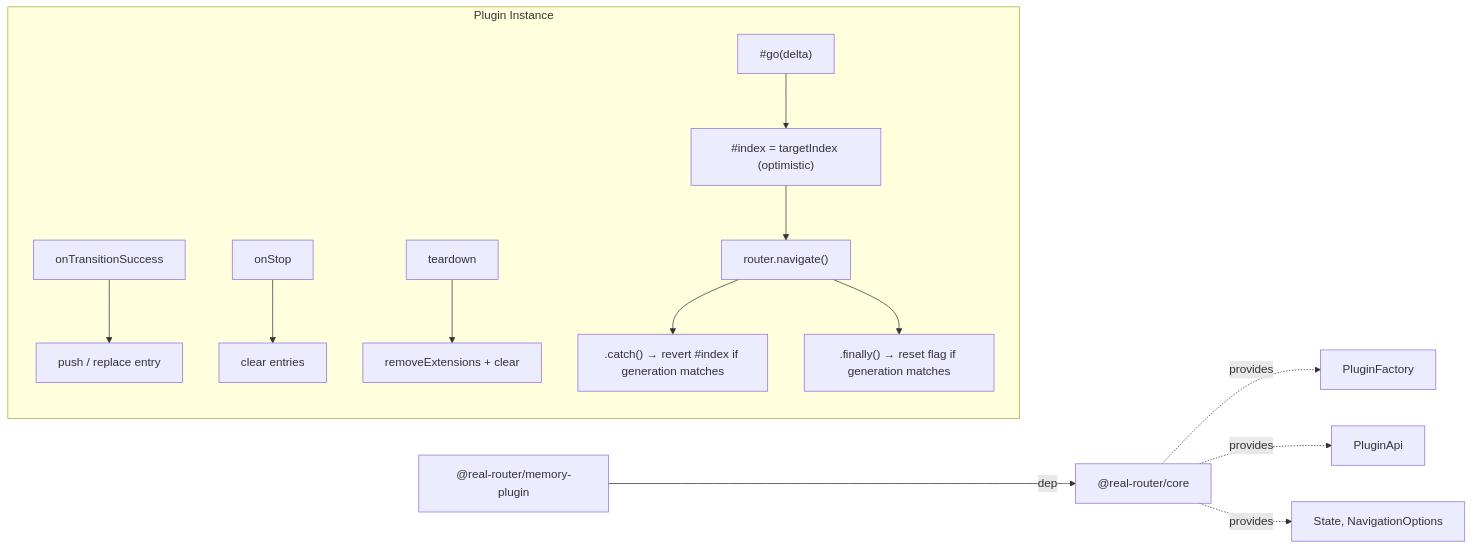
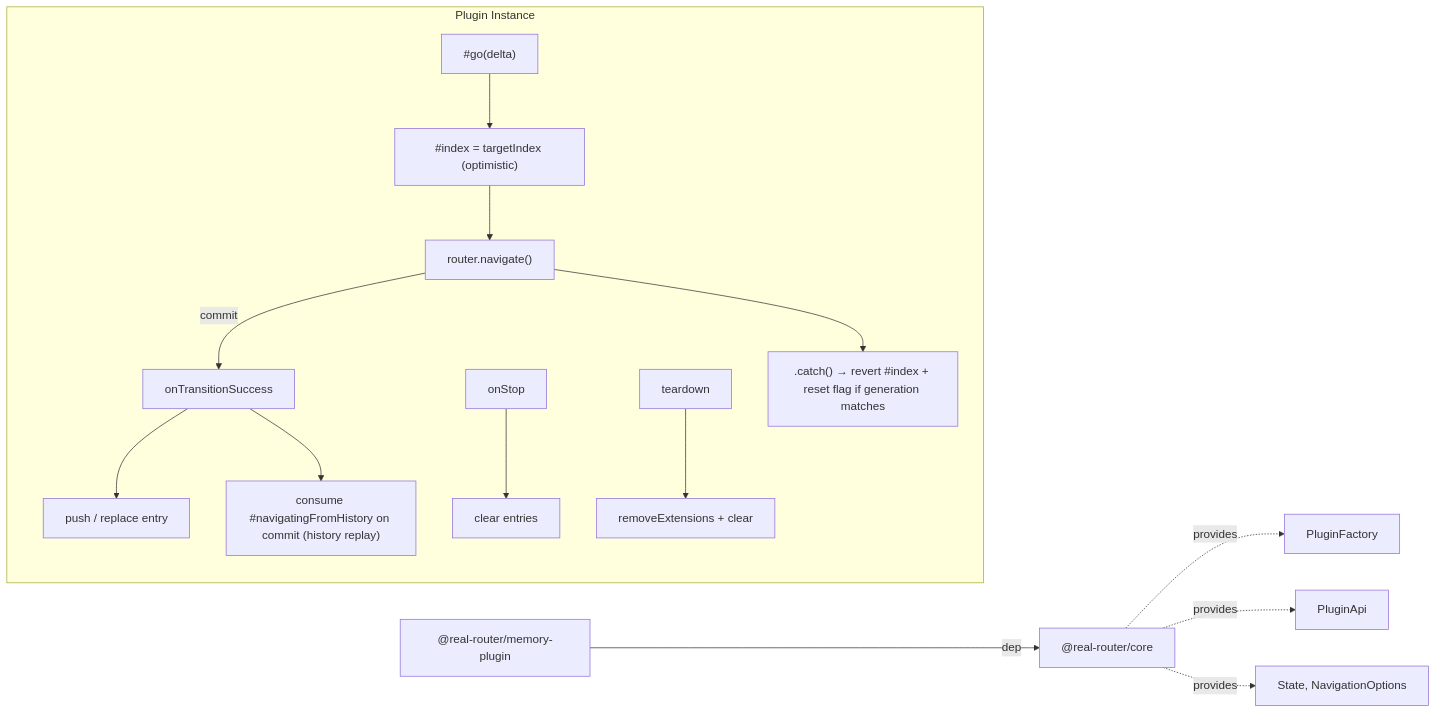
Before and after one commit to greydragon888/real-router: the diagram in packages/memory-plugin/ARCHITECTURE.md, drawn with Mermaid. The commit also changed other lines of this file and 4 other files, not shown here.

````diff
--- a/packages/memory-plugin/ARCHITECTURE.md
+++ b/packages/memory-plugin/ARCHITECTURE.md
@@ -24,18 +24,19 @@
 ```mermaid
 graph LR
     MP["@real-router/memory-plugin"] -->|dep| CORE["@real-router/core"]
 
     CORE -.->|provides| PF[PluginFactory]
     CORE -.->|provides| PA[PluginApi]
     CORE -.->|provides| TYPES["State, NavigationOptions"]
 
     subgraph plugin [Plugin Instance]
         OTS["onTransitionSuccess"] --> PUSH[push / replace entry]
+        OTS --> CONSUME["consume #navigatingFromHistory on commit (history replay)"]
         OS["onStop"] --> CLEAR[clear entries]
         TD["teardown"] --> RM[removeExtensions + clear]
         GO["#go(delta)"] --> IDXSYNC["#index = targetIndex (optimistic)"]
         IDXSYNC --> NAV["router.navigate()"]
-        NAV --> CATCH[".catch() → revert #index if generation matches"]
-        NAV --> FIN[".finally() → reset flag if generation matches"]
+        NAV -->|commit| OTS
+        NAV --> CATCH[".catch() → revert #index + reset flag if generation matches"]
     end
 ```
````
